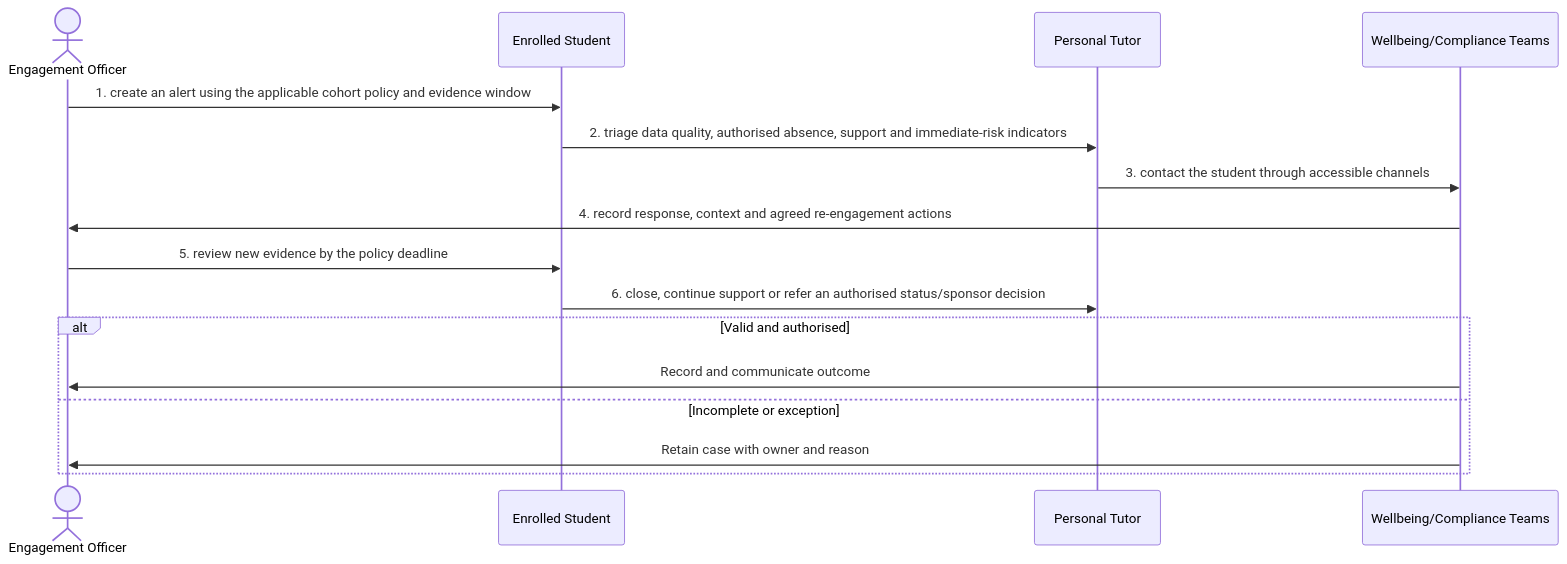
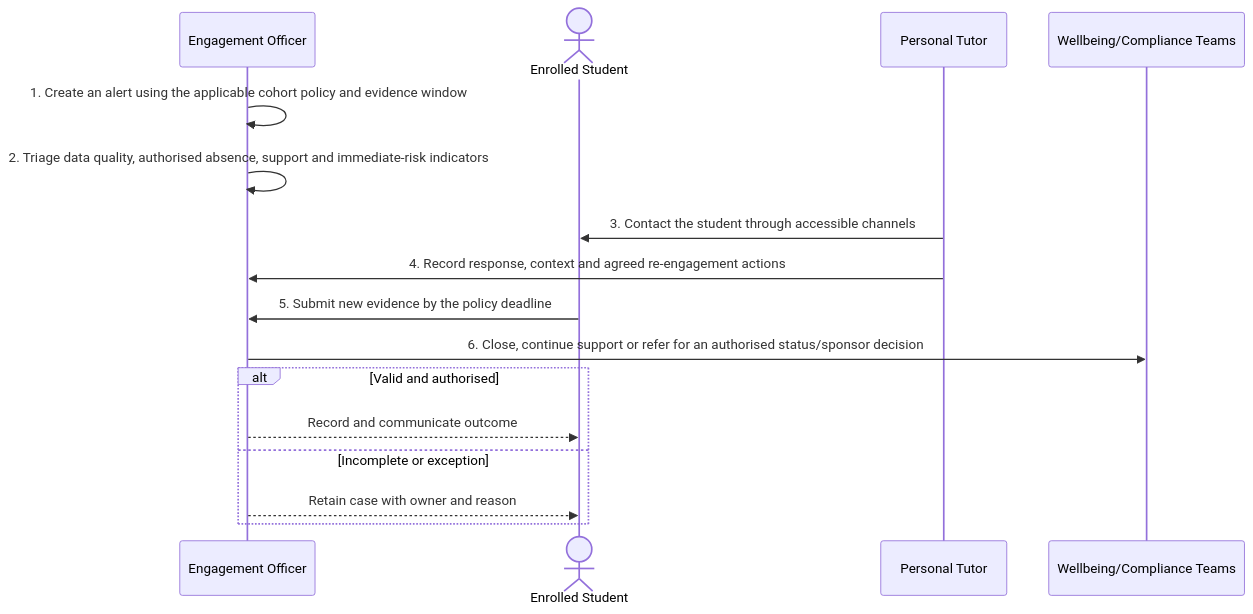
Before and after one commit to RevelationCore/Revelation-SRS: the diagram in docs/business-processes/04-learning-engagement-and-support/bp-04-002-investigate-and-respond-to-non-engagement.md, drawn with Mermaid. The commit also changed other lines of this file and 96 other files, not shown here.

````diff
--- a/docs/business-processes/04-learning-engagement-and-support/bp-04-002-investigate-and-respond-to-non-engagement.md
+++ b/docs/business-processes/04-learning-engagement-and-support/bp-04-002-investigate-and-respond-to-non-engagement.md
@@ -159,18 +159,19 @@
 ```mermaid
 sequenceDiagram
-    actor A1 as Engagement Officer
-    participant A2 as Enrolled Student
-    participant A3 as Personal Tutor
-    participant A4 as Wellbeing/Compliance Teams
-    A1->>A2: 1. create an alert using the applicable cohort policy and evidence window
-    A2->>A3: 2. triage data quality, authorised absence, support and immediate-risk indicators
-    A3->>A4: 3. contact the student through accessible channels
-    A4->>A1: 4. record response, context and agreed re-engagement actions
-    A1->>A2: 5. review new evidence by the policy deadline
-    A2->>A3: 6. close, continue support or refer an authorised status/sponsor decision
+    participant Officer as Engagement Officer
+    actor Student as Enrolled Student
+    participant Tutor as Personal Tutor
+    participant Wellbeing as Wellbeing/Compliance Teams
+
+    Officer->>Officer: 1. Create an alert using the applicable cohort policy and evidence window
+    Officer->>Officer: 2. Triage data quality, authorised absence, support and immediate-risk indicators
+    Tutor->>Student: 3. Contact the student through accessible channels
+    Tutor->>Officer: 4. Record response, context and agreed re-engagement actions
+    Student->>Officer: 5. Submit new evidence by the policy deadline
+    Officer->>Wellbeing: 6. Close, continue support or refer for an authorised status/sponsor decision
     alt Valid and authorised
-        A4->>A1: Record and communicate outcome
+        Officer-->>Student: Record and communicate outcome
     else Incomplete or exception
-        A4->>A1: Retain case with owner and reason
+        Officer-->>Student: Retain case with owner and reason
     end
 ```
````
